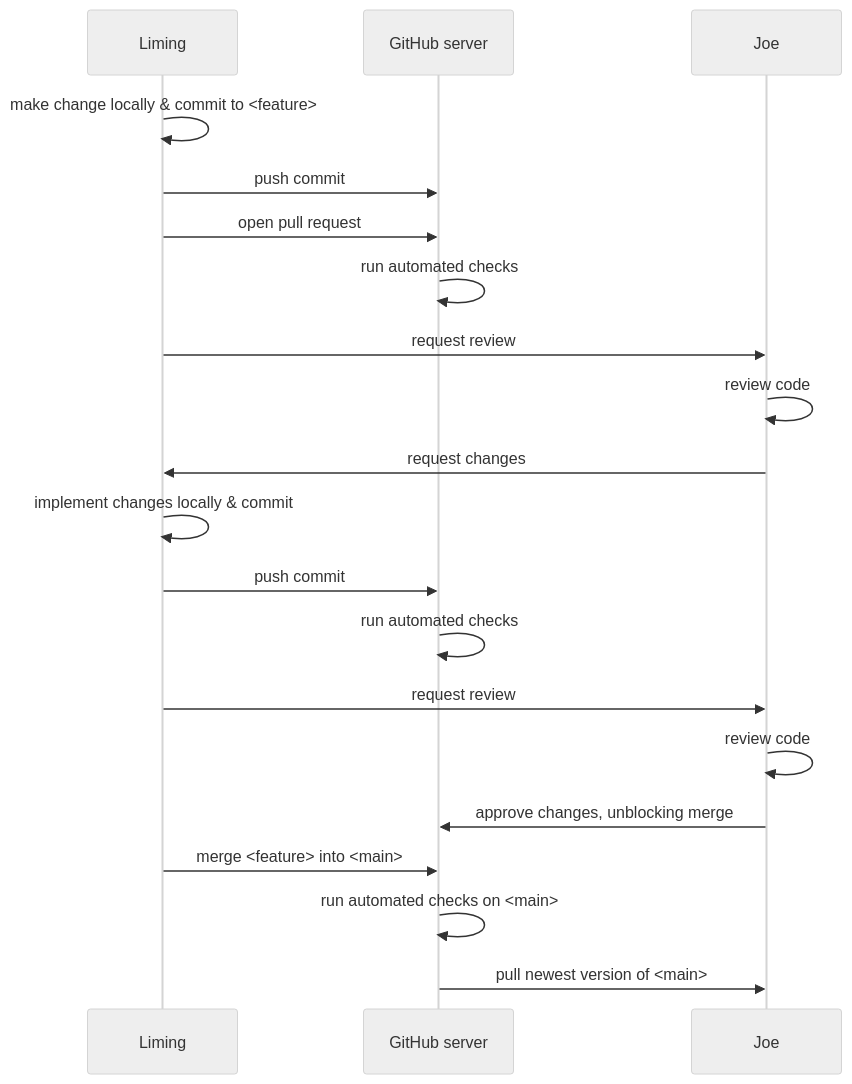
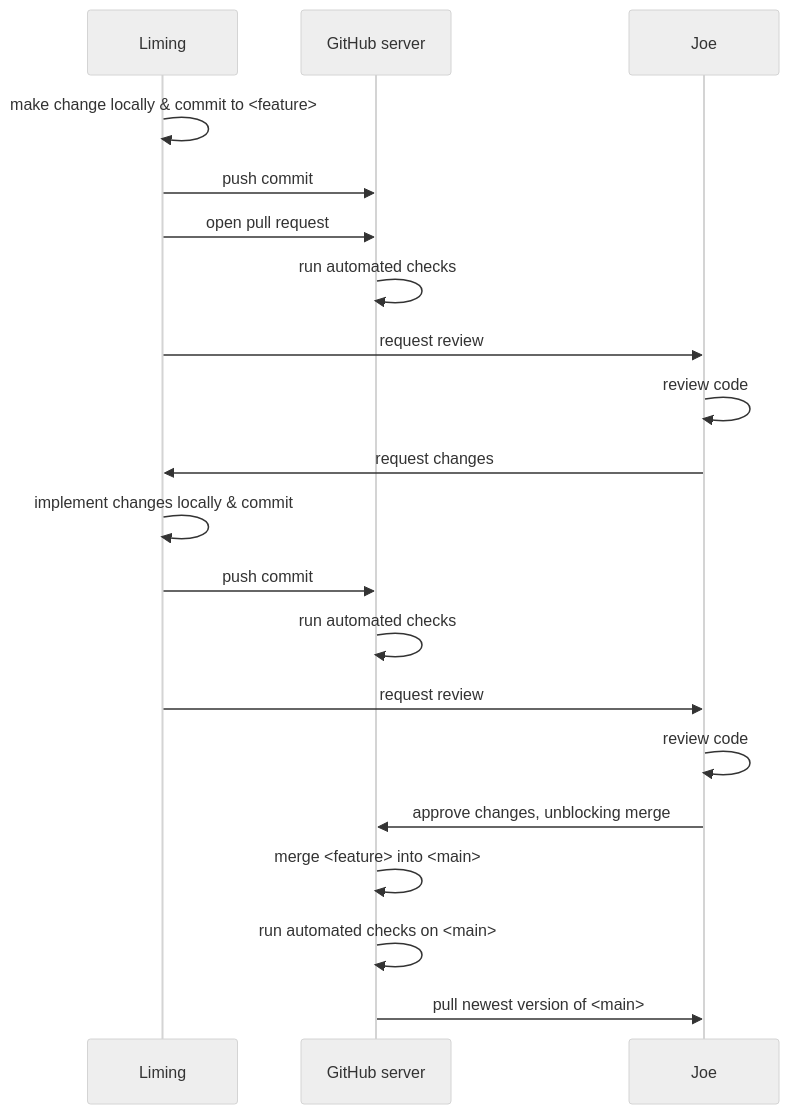
The sixth of 6 diagrams in slides/05_collaboration.qmd (pharmarug/pharmasug2025-r-workshop), drawn with Mermaid (neutral theme) before and after one commit.

Commit message:
update merge action

````diff
--- a/slides/05_collaboration.qmd
+++ b/slides/05_collaboration.qmd
@@ -322,22 +322,22 @@
 ```{mermaid}
 sequenceDiagram
     participant S as Liming
     participant GH as GitHub server
     participant J as Joe
     S->>S: make change locally & commit to <feature>
     S->>GH: push commit
     S->>GH: open pull request
     GH->>GH: run automated checks
     S->>J: request review
     J->>J: review code
     J->>S: request changes
     S->>S: implement changes locally & commit
     S->>GH: push commit
     GH->>GH: run automated checks
     S->>J: request review
     J->>J: review code
     J->>GH: approve changes, unblocking merge
-    S->>GH: merge <feature> into <main>
+    GH->>GH: merge <feature> into <main>
     GH->>GH: run automated checks on <main>
     GH->>J: pull newest version of <main>
 ```
````
